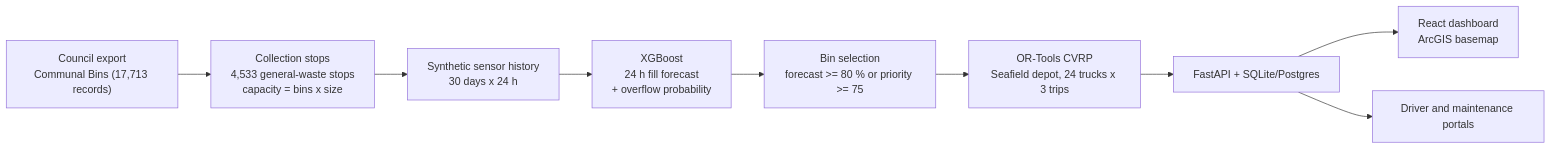
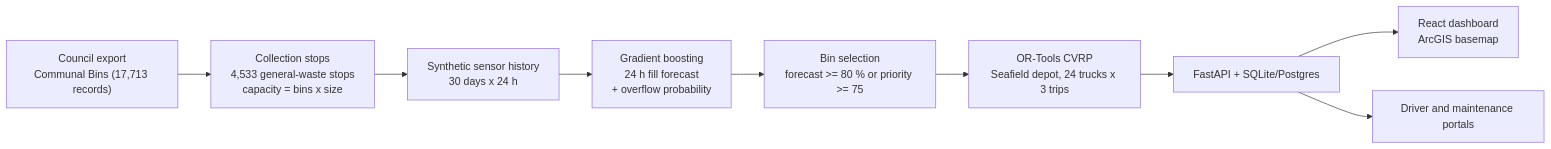
The diagram in README.md (mizj1213wcz/binsight), drawn with Mermaid before and after one commit. The commit also changed other lines of this file and 24 other files, not shown here.

````diff
--- a/README.md
+++ b/README.md
@@ -41,11 +43,11 @@
 ```mermaid
 flowchart LR
     A["Council export<br/>Communal Bins (17,713 records)"] --> B["Collection stops<br/>4,533 general-waste stops<br/>capacity = bins x size"]
     B --> C["Synthetic sensor history<br/>30 days x 24 h"]
-    C --> D["XGBoost<br/>24 h fill forecast<br/>+ overflow probability"]
+    C --> D["Gradient boosting<br/>24 h fill forecast<br/>+ overflow probability"]
     D --> E["Bin selection<br/>forecast >= 80 % or priority >= 75"]
     E --> F["OR-Tools CVRP<br/>Seafield depot, 24 trucks x 3 trips"]
     F --> G["FastAPI + SQLite/Postgres"]
     G --> H["React dashboard<br/>ArcGIS basemap"]
     G --> I["Driver and maintenance portals"]
 ```
````
